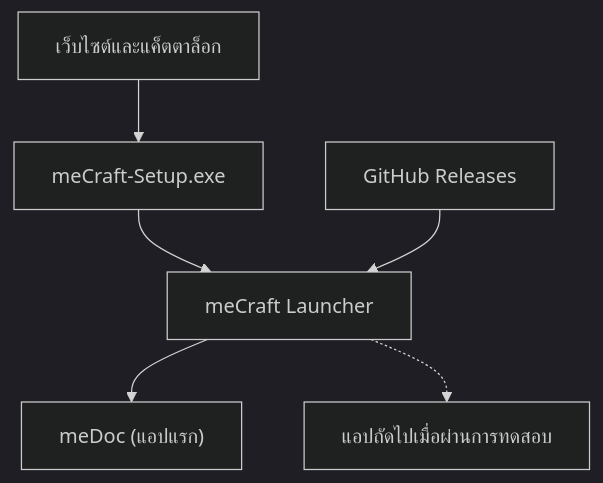
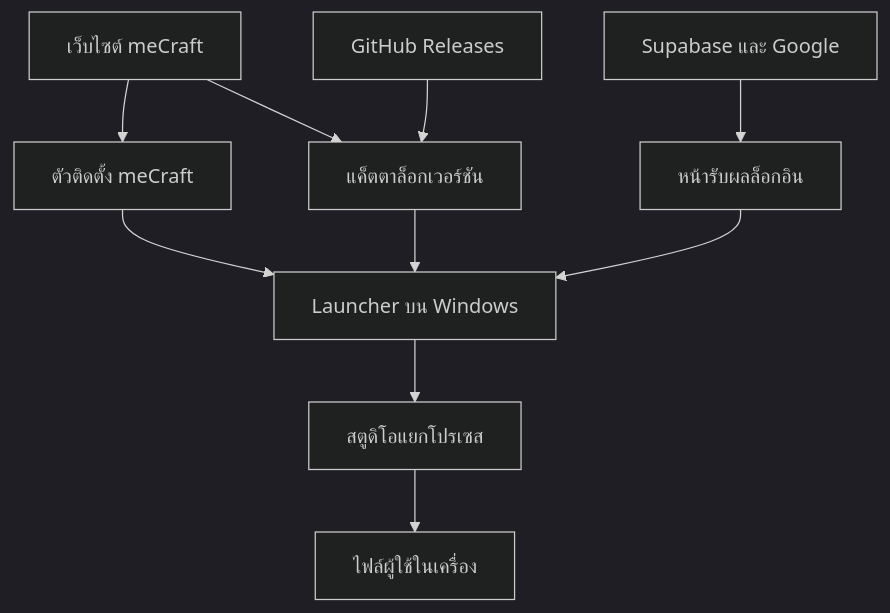
The diagram in docs/meCrafts-architecture.md (methastrategy/meCraft), drawn with Mermaid (dark theme) before and after one commit. The commit also changed other lines of this file and 6 other files, not shown here.

Commit message:
Consolidate product, studio and website plans into one blueprint

````diff
--- a/docs/meCrafts-architecture.md
+++ b/docs/meCrafts-architecture.md
@@ -11,8 +7,12 @@
 ```mermaid
 flowchart TD
-    WEB["เว็บไซต์และแค็ตตาล็อก"] --> DL["meCraft-Setup.exe"]
-    DL --> HUB["meCraft Launcher"]
-    RELEASE["GitHub Releases"] --> HUB
-    HUB --> DOC["meDoc (แอปแรก)"]
-    HUB -.-> APPS["แอปถัดไปเมื่อผ่านการทดสอบ"]
+    Website["เว็บไซต์ meCraft"] --> Installer["ตัวติดตั้ง meCraft"]
+    Website --> Catalog["แค็ตตาล็อกเวอร์ชัน"]
+    Release["GitHub Releases"] --> Catalog
+    Installer --> Launcher["Launcher บน Windows"]
+    Catalog --> Launcher
+    Launcher --> Studio["สตูดิโอแยกโปรเซส"]
+    Studio --> Local["ไฟล์ผู้ใช้ในเครื่อง"]
+    Auth["Supabase และ Google"] --> Callback["หน้ารับผลล็อกอิน"]
+    Callback --> Launcher
 ```
````
